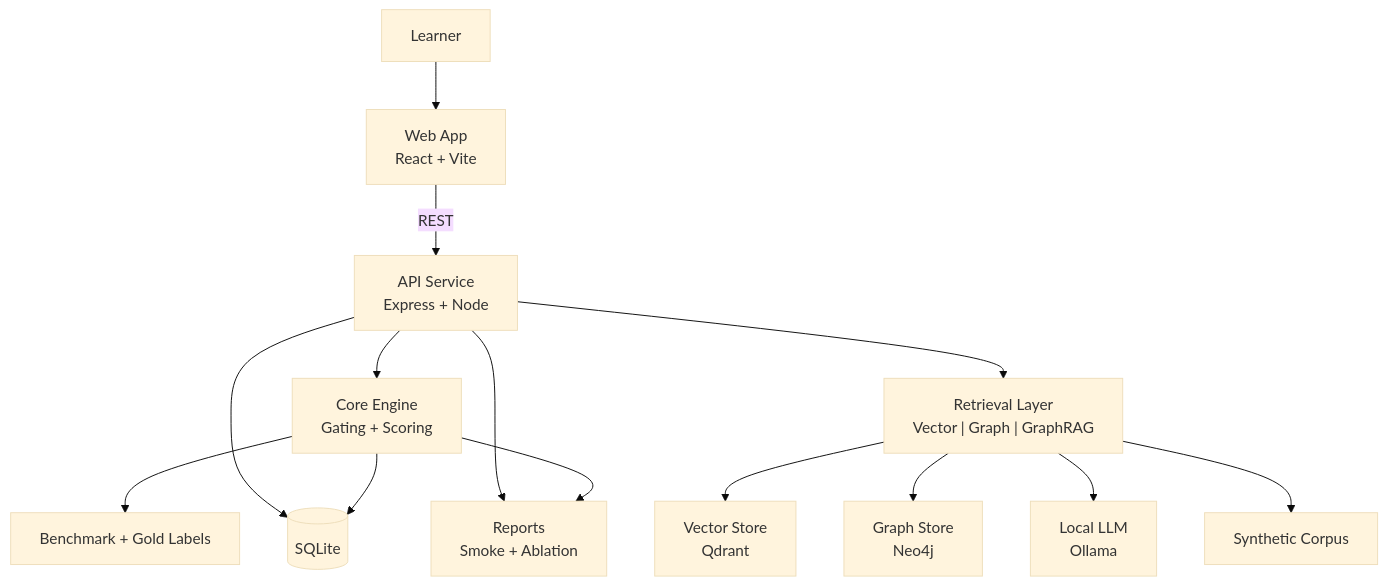
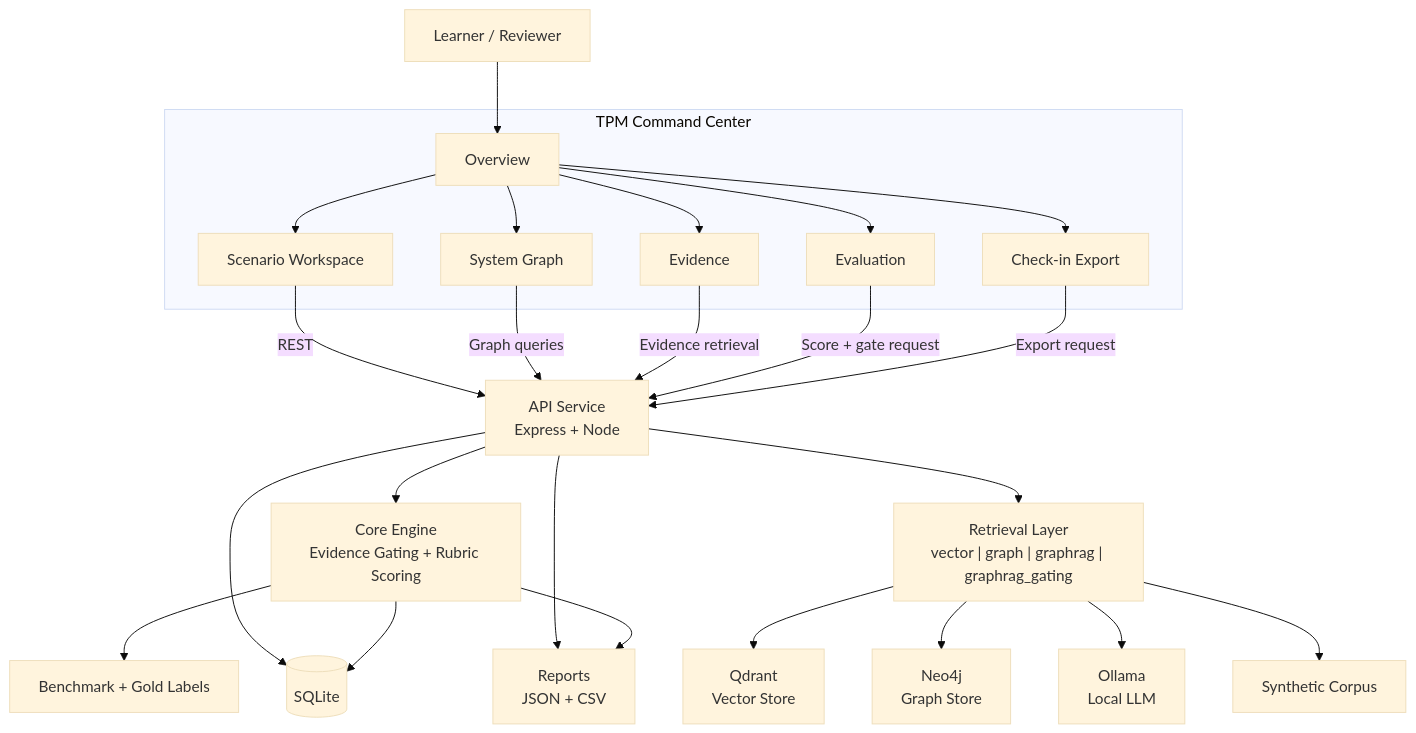
One commit to asharma3084/OmniMentor-Learning-Platform changed the diagram in README.md. Above: the diagram before and after it, drawn with Mermaid (base theme). The commit also changed other lines of this file and 10 other files, not shown here.

Commit message:
Align command-center UI and architecture with proposal-ready A+ freeze scope

````diff
--- a/README.md
+++ b/README.md
@@ -92,29 +92,48 @@
 ```mermaid
 flowchart TB
-  U["Learner"]
-  W["Web App\nReact + Vite"]
+  U["Learner / Reviewer"]
+  subgraph UI["TPM Command Center"]
+    DASH["Overview"]
+    WS["Scenario Workspace"]
+    SG["System Graph"]
+    EV["Evidence"]
+    EVAL["Evaluation"]
+    EXP["Check-in Export"]
+  end
+
   A["API Service\nExpress + Node"]
-  C["Core Engine\nGating + Scoring"]
-  R["Retrieval Layer\nVector | Graph | GraphRAG"]
-  LLM["Local LLM\nOllama"]
-  NEO["Graph Store\nNeo4j"]
-  QD["Vector Store\nQdrant"]
+  C["Core Engine\nEvidence Gating + Rubric Scoring"]
+  R["Retrieval Layer\nvector | graph | graphrag | graphrag_gating"]
+  LLM["Ollama\nLocal LLM"]
+  NEO["Neo4j\nGraph Store"]
+  QD["Qdrant\nVector Store"]
   DB[("SQLite")]
   DS["Synthetic Corpus"]
   BM["Benchmark + Gold Labels"]
-  REP["Reports\nSmoke + Ablation"]
+  REP["Reports\nJSON + CSV"]
 
-  U --> W
-  W -->|REST| A
+  U --> DASH
+  DASH --> WS
+  DASH --> SG
+  DASH --> EV
+  DASH --> EVAL
+  DASH --> EXP
+
+  WS -->|REST| A
+  SG -->|Graph queries| A
+  EV -->|Evidence retrieval| A
+  EVAL -->|Score + gate request| A
+  EXP -->|Export request| A
+
   A --> C
   A --> R
   A --> DB
   R --> QD
   R --> NEO
   R --> LLM
   R --> DS
   C --> BM
   C --> DB
   A --> REP
   C --> REP
 ```
````
